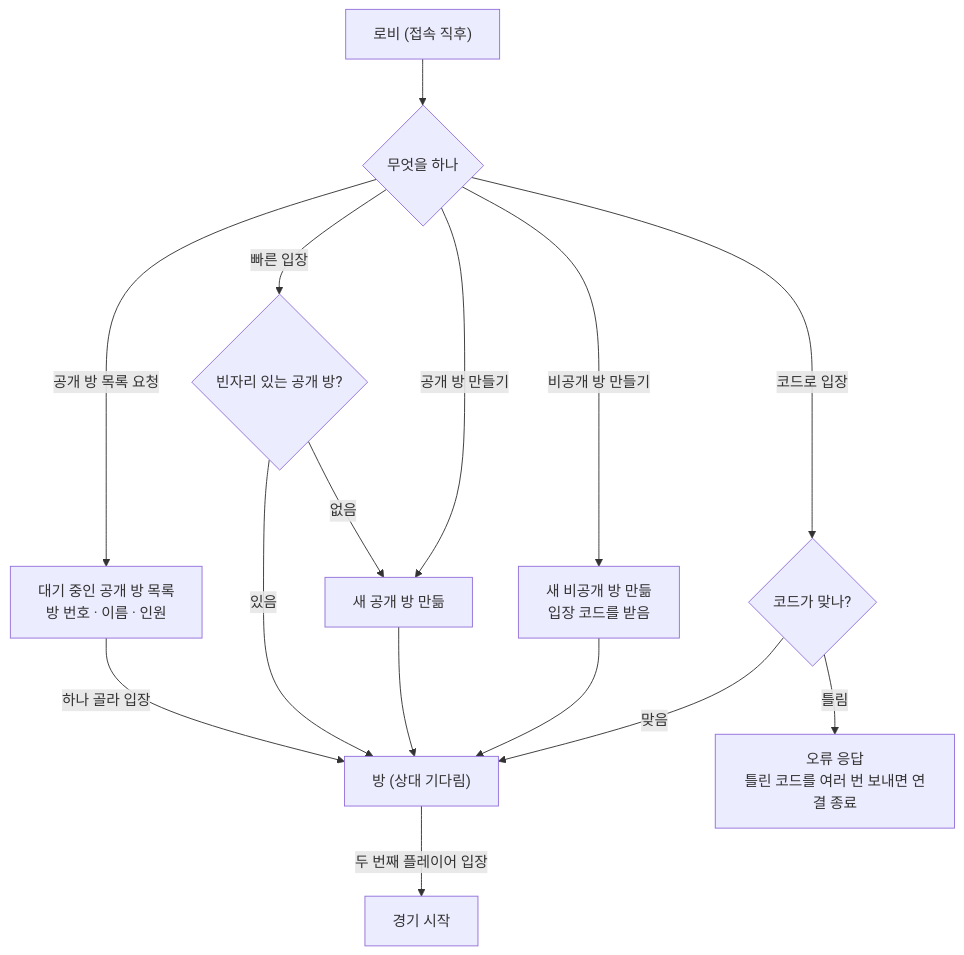
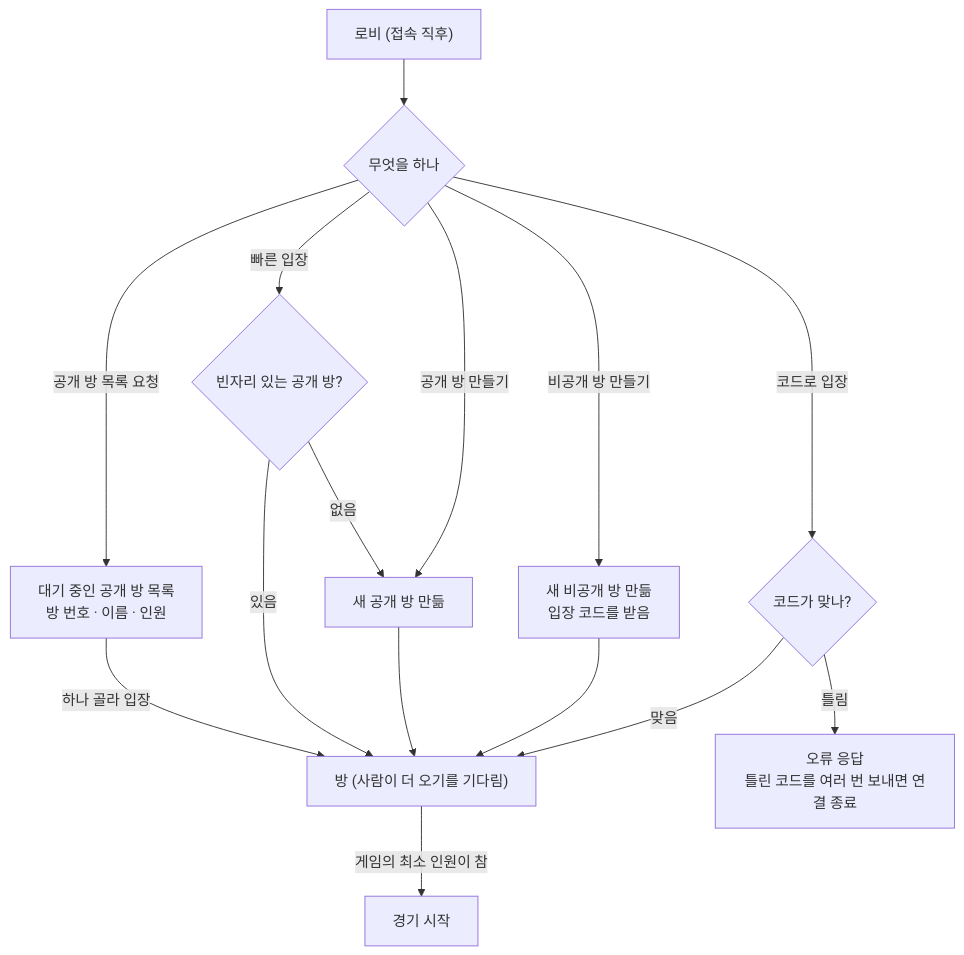
The fourth of 4 diagrams in docs/overview.md (JustForLabor/Relay-Server-Practice), drawn with Mermaid before and after one commit. The commit also changed other lines of this file and 4 other files, not shown here.

````diff
--- a/docs/overview.md
+++ b/docs/overview.md
@@ -190,15 +223,15 @@
 ```mermaid
 flowchart TB
     L["로비 (접속 직후)"] --> Q{"무엇을 하나"}
     Q -->|공개 방 목록 요청| LIST["대기 중인 공개 방 목록<br/>방 번호 · 이름 · 인원"]
-    LIST -->|하나 골라 입장| ROOM["방 (상대 기다림)"]
+    LIST -->|하나 골라 입장| ROOM["방 (사람이 더 오기를 기다림)"]
     Q -->|빠른 입장| AUTO{"빈자리 있는 공개 방?"}
     AUTO -->|있음| ROOM
     AUTO -->|없음| NEWPUB["새 공개 방 만듦"] --> ROOM
     Q -->|공개 방 만들기| NEWPUB
     Q -->|비공개 방 만들기| NEWPRI["새 비공개 방 만듦<br/>입장 코드를 받음"] --> ROOM
     Q -->|코드로 입장| CODE{"코드가 맞나?"}
     CODE -->|맞음| ROOM
     CODE -->|틀림| ERR["오류 응답<br/>틀린 코드를 여러 번 보내면 연결 종료"]
-    ROOM -->|두 번째 플레이어 입장| PLAY["경기 시작"]
+    ROOM -->|게임의 최소 인원이 참| PLAY["경기 시작"]
 ```
````
